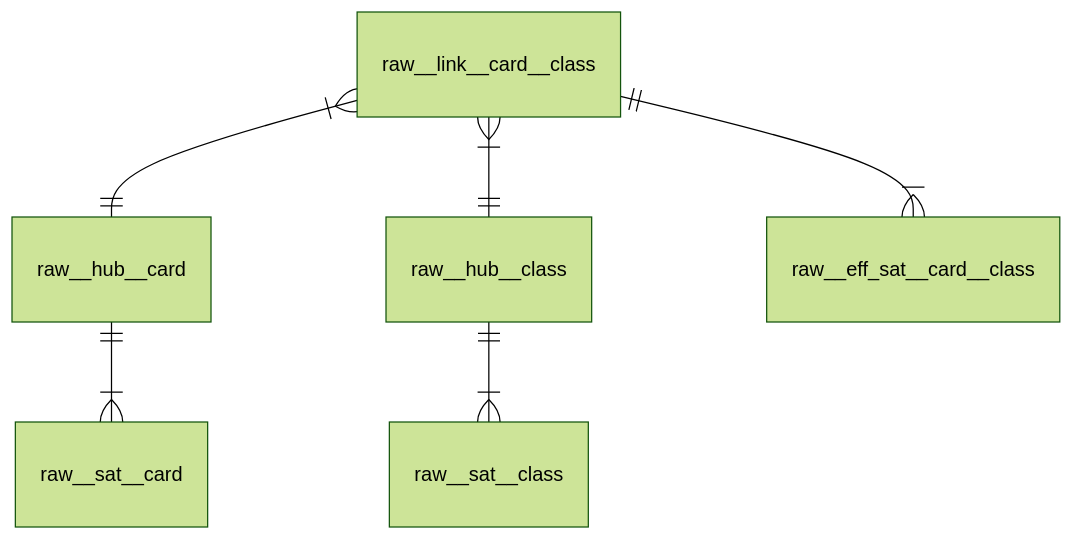
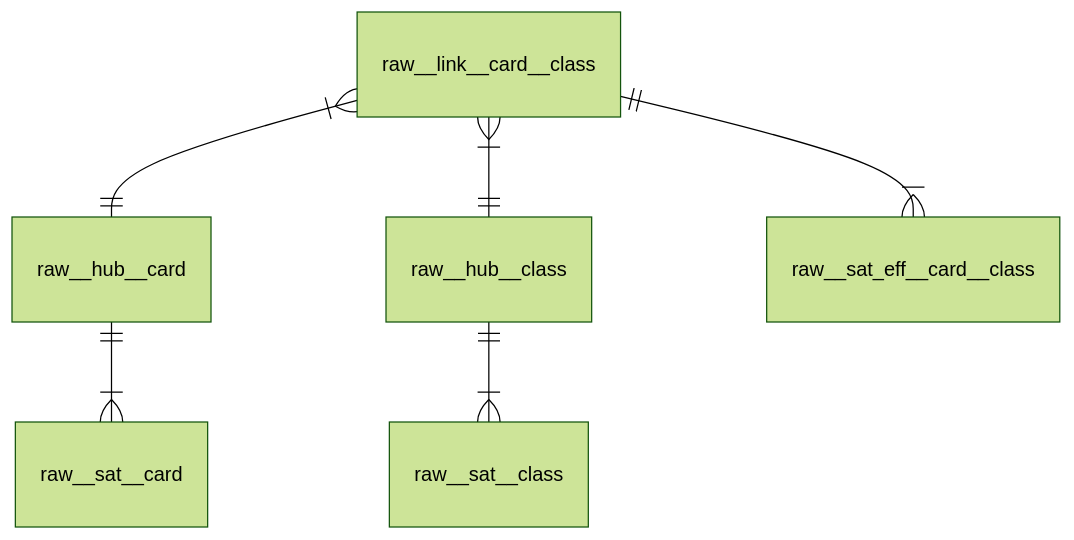
One commit to mattiasthalen/arcane-insight changed the second of 3 diagrams in README.md. Above: the diagram before and after it, drawn with Mermaid (forest theme). The commit also changed 1 other file, not shown here.

Commit message:
Rename eff_sat to sat_eff

````diff
--- a/README.md
+++ b/README.md
@@ -46,9 +46,9 @@
 ```mermaid
 erDiagram
     raw__hub__card ||--|{ raw__sat__card: ""
     raw__hub__class ||--|{ raw__sat__class: ""
     
     raw__link__card__class }|--|| raw__hub__card: ""
     raw__link__card__class }|--|| raw__hub__class: ""
-    raw__link__card__class ||--|{ raw__eff_sat__card__class: ""
+    raw__link__card__class ||--|{ raw__sat_eff__card__class: ""
 ```
````
